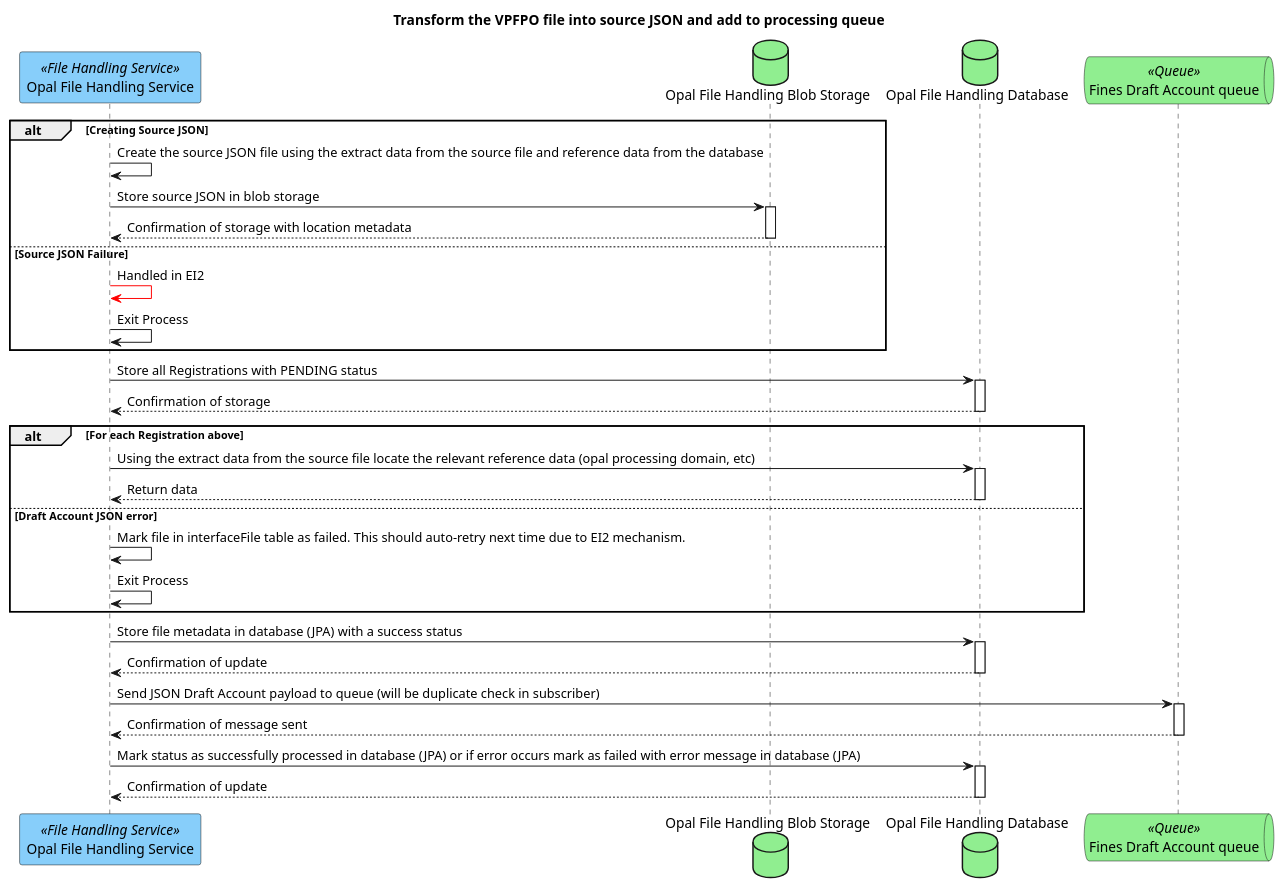
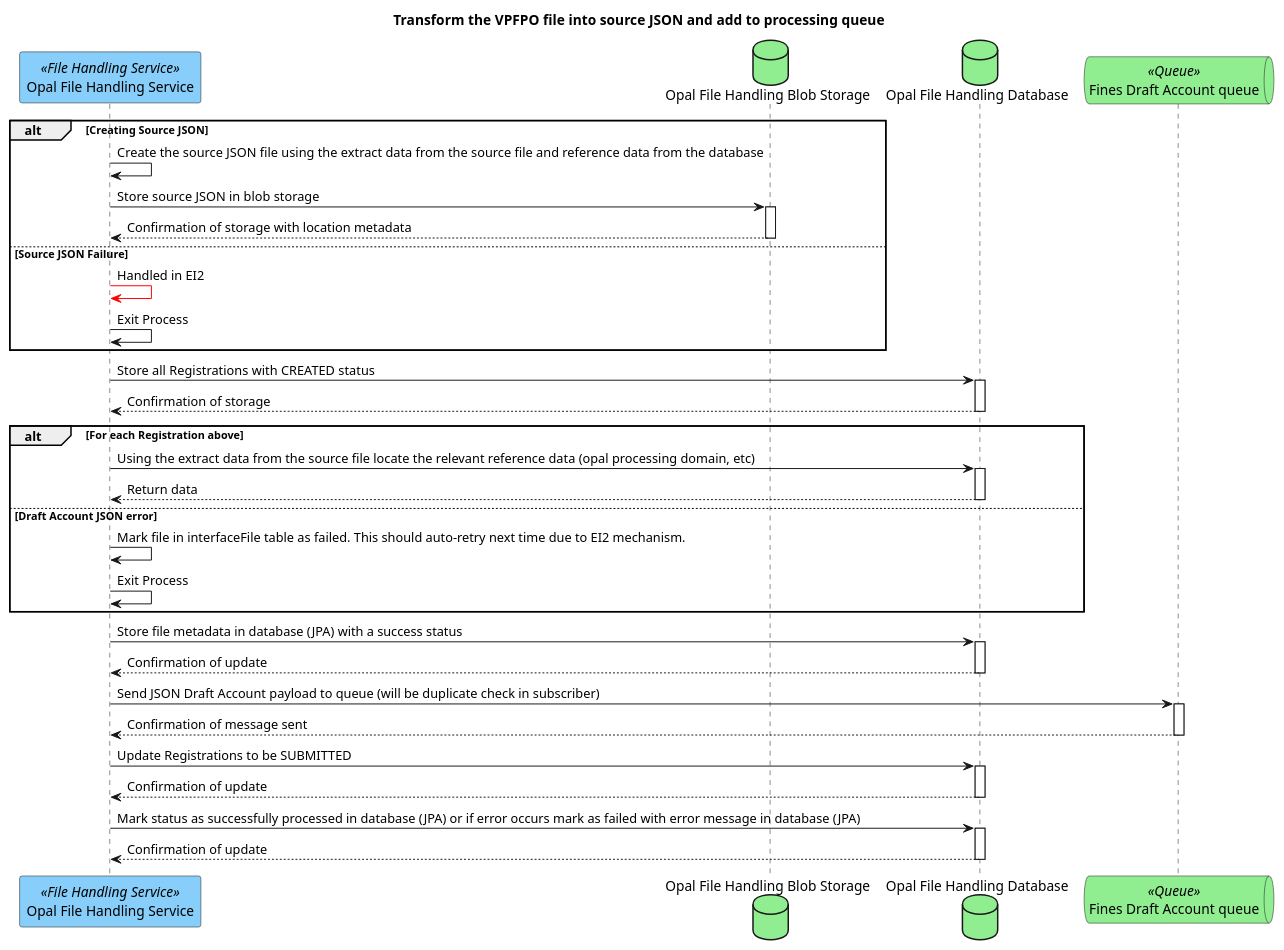
One commit to hmcts/opal-docs changed the diagram in plantUML/external-interfaces/vpfpo-process-source-json.puml. Above: the diagram before and after it, drawn with PlantUML.

Commit message:
Updating existing process diagram to handle registration status more appropriately in line with TDIA DB info

```diff
--- a/plantUML/external-interfaces/vpfpo-process-source-json.puml
+++ b/plantUML/external-interfaces/vpfpo-process-source-json.puml
@@ -1,37 +1,40 @@
 @startuml
 title Transform the VPFPO file into source JSON and add to processing queue
 
 participant "Opal File Handling Service" as fileHandlingService <<File Handling Service>> #LightSkyBlue
 database "Opal File Handling Blob Storage" as fileHandlingBlobStorage #LightGreen
 database "Opal File Handling Database" as fileHandlingDb #LightGreen
 queue "Fines Draft Account queue" as finesDraftAccountQueue <<Queue>> #lightgreen
 
 alt Creating Source JSON
     fileHandlingService -> fileHandlingService : Create the source JSON file using the extract data from the source file and reference data from the database
     fileHandlingService -> fileHandlingBlobStorage ++ : Store source JSON in blob storage
     fileHandlingBlobStorage --> fileHandlingService -- : Confirmation of storage with location metadata
 else Source JSON Failure
     fileHandlingService[#red]-> fileHandlingService : Handled in EI2
     fileHandlingService -> fileHandlingService : Exit Process
 end
-fileHandlingService -> fileHandlingDb ++ : Store all Registrations with PENDING status
+fileHandlingService -> fileHandlingDb ++ : Store all Registrations with CREATED status
 fileHandlingDb --> fileHandlingService -- : Confirmation of storage
 
 alt For each Registration above
     fileHandlingService -> fileHandlingDb ++ : Using the extract data from the source file locate the relevant reference data (opal processing domain, etc)
     fileHandlingDb --> fileHandlingService -- : Return data
 else Draft Account JSON error
     fileHandlingService -> fileHandlingService : Mark file in interfaceFile table as failed. This should auto-retry next time due to EI2 mechanism.
     fileHandlingService -> fileHandlingService : Exit Process
 end
 
 fileHandlingService -> fileHandlingDb ++ : Store file metadata in database (JPA) with a success status
 fileHandlingDb --> fileHandlingService -- : Confirmation of update
 
 fileHandlingService -> finesDraftAccountQueue ++ : Send JSON Draft Account payload to queue (will be duplicate check in subscriber)
 finesDraftAccountQueue --> fileHandlingService -- : Confirmation of message sent
 
+fileHandlingService -> fileHandlingDb ++ : Update Registrations to be SUBMITTED
+fileHandlingDb --> fileHandlingService -- : Confirmation of update
+
 fileHandlingService -> fileHandlingDb ++ : Mark status as successfully processed in database (JPA) or if error occurs mark as failed with error message in database (JPA)
 fileHandlingDb --> fileHandlingService -- : Confirmation of update
 
 @enduml
```
